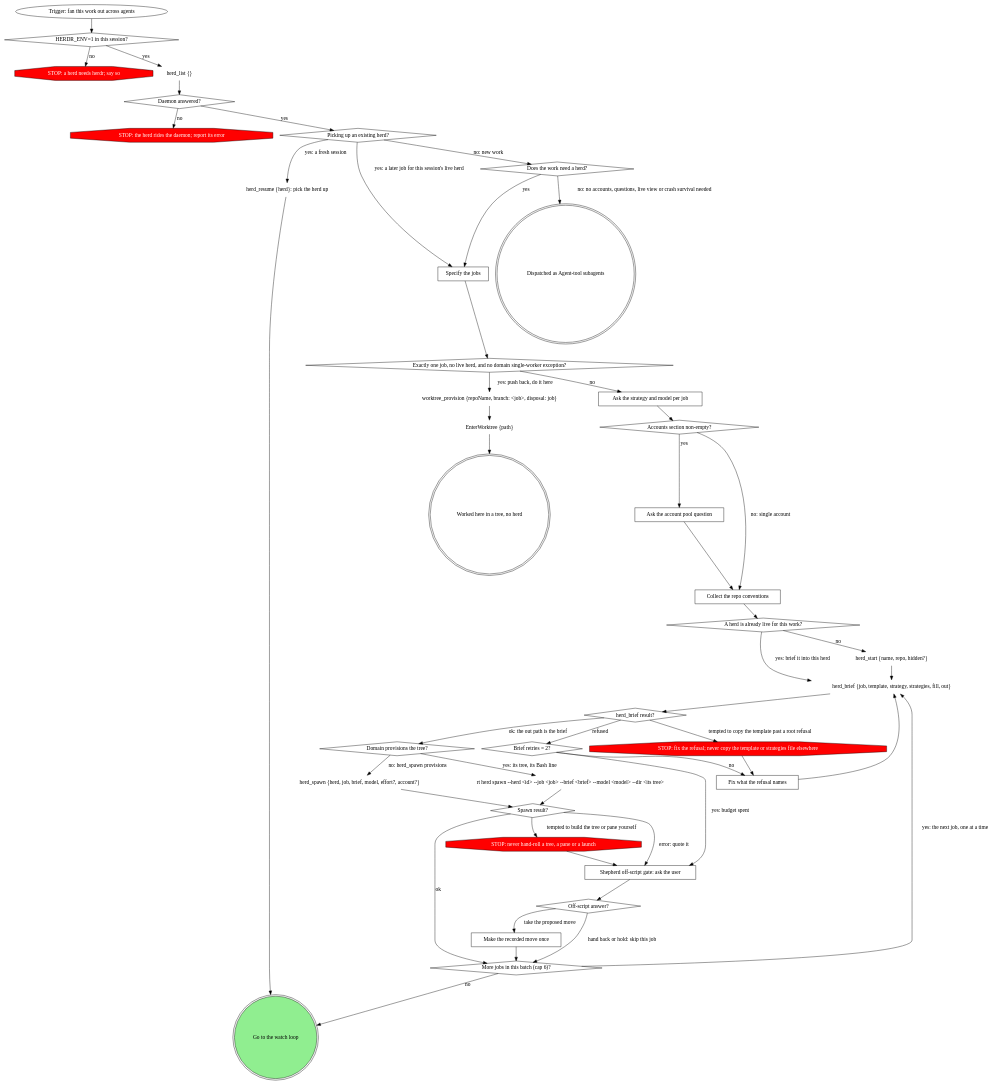
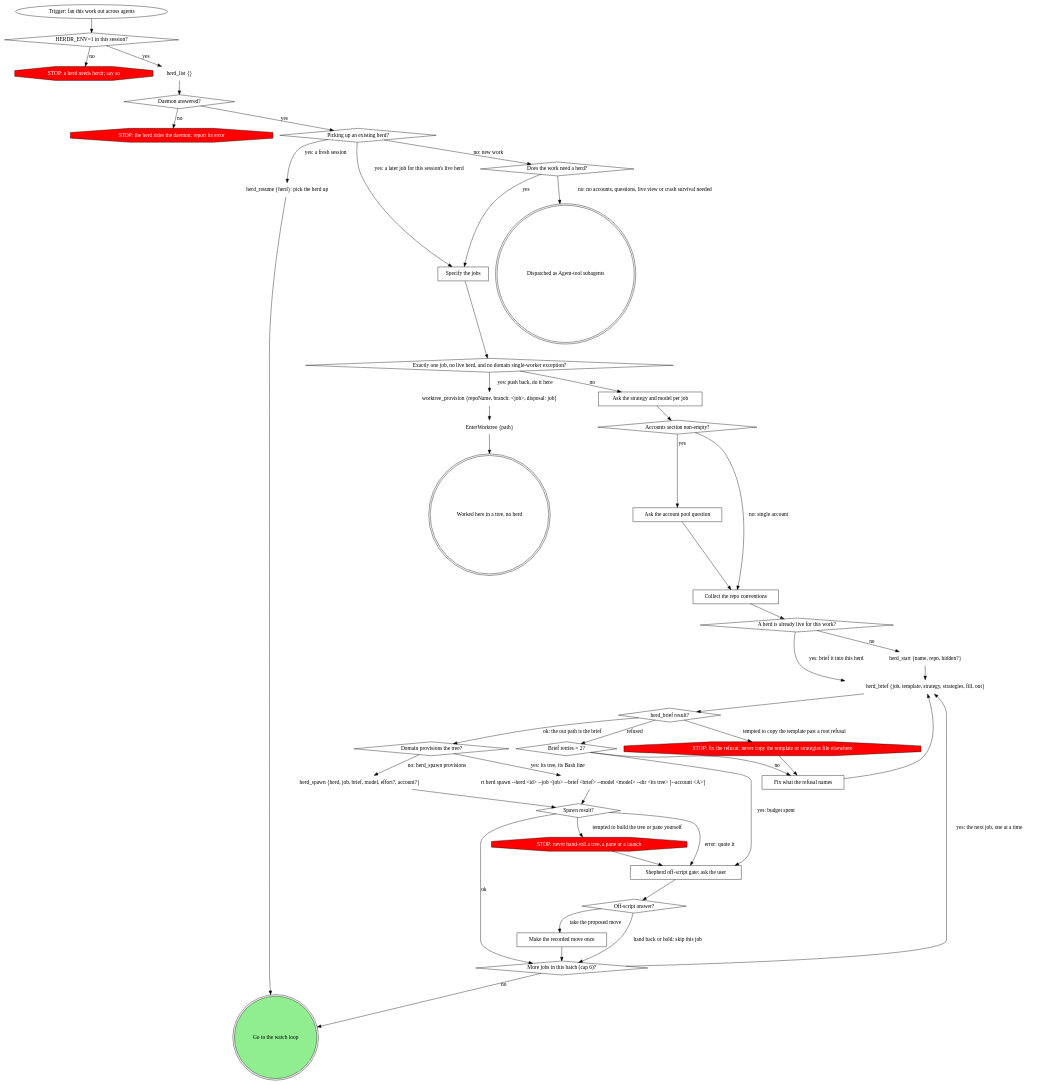
The first of 3 diagrams in attachments/orchestration/shepherdr/SKILL.md (m4ttstack/skills), drawn with Graphviz before and after one commit. The commit also changed other lines of this file and 1 other file, not shown here.

Commit message:
shepherdr: account on reviewer and domain spawns, exclusive integration routes, pane-close holder checks

```diff
--- a/attachments/orchestration/shepherdr/SKILL.md
+++ b/attachments/orchestration/shepherdr/SKILL.md
@@ -105,7 +105,7 @@
     "STOP: fix the refusal; never copy the template or strategies file elsewhere" [shape=octagon style=filled fillcolor=red fontcolor=white];
     "Domain provisions the tree?" [shape=diamond];
     "herd_spawn {herd, job, brief, model, effort?, account?}" [shape=plaintext];
-    "rt herd spawn --herd <id> --job <job> --brief <brief> --model <model> --dir <its tree>" [shape=plaintext]; // <!-- mcp-lint: allow -->
+    "rt herd spawn --herd <id> --job <job> --brief <brief> --model <model> --dir <its tree> [--account <A>]" [shape=plaintext]; // <!-- mcp-lint: allow -->
     "Spawn result?" [shape=diamond];
     "STOP: never hand-roll a tree, a pane or a launch" [shape=octagon style=filled fillcolor=red fontcolor=white];
     "Shepherd off-script gate: ask the user" [shape=box];
@@ -148,9 +148,9 @@
     "Brief retries = 2?" -> "Shepherd off-script gate: ask the user" [label="yes: budget spent"];
     "Fix what the refusal names" -> "herd_brief {job, template, strategy, strategies, fill, out}";
     "Domain provisions the tree?" -> "herd_spawn {herd, job, brief, model, effort?, account?}" [label="no: herd_spawn provisions"];
-    "Domain provisions the tree?" -> "rt herd spawn --herd <id> --job <job> --brief <brief> --model <model> --dir <its tree>" [label="yes: its tree, its Bash line"]; // <!-- mcp-lint: allow -->
+    "Domain provisions the tree?" -> "rt herd spawn --herd <id> --job <job> --brief <brief> --model <model> --dir <its tree> [--account <A>]" [label="yes: its tree, its Bash line"]; // <!-- mcp-lint: allow -->
     "herd_spawn {herd, job, brief, model, effort?, account?}" -> "Spawn result?";
-    "rt herd spawn --herd <id> --job <job> --brief <brief> --model <model> --dir <its tree>" -> "Spawn result?"; // <!-- mcp-lint: allow -->
+    "rt herd spawn --herd <id> --job <job> --brief <brief> --model <model> --dir <its tree> [--account <A>]" -> "Spawn result?"; // <!-- mcp-lint: allow -->
     "Spawn result?" -> "More jobs in this batch (cap 6)?" [label="ok"];
     "Spawn result?" -> "Shepherd off-script gate: ask the user" [label="error: quote it"];
     "Spawn result?" -> "STOP: never hand-roll a tree, a pane or a launch" [label="tempted to build the tree or pane yourself"];
```
